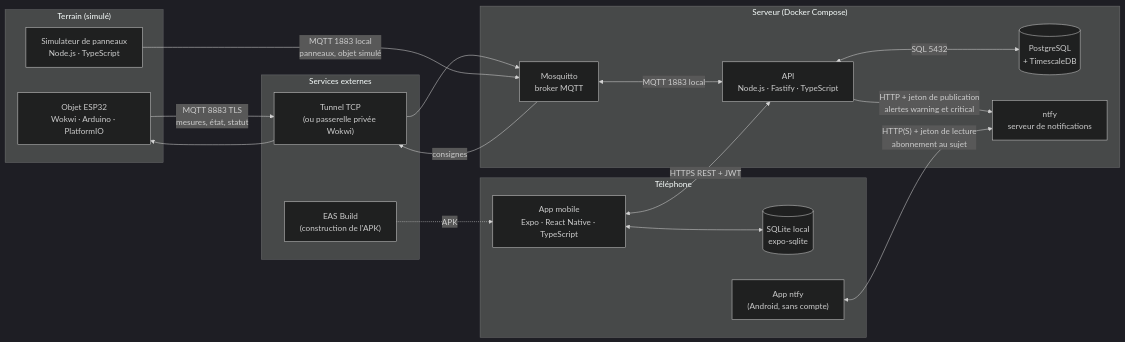
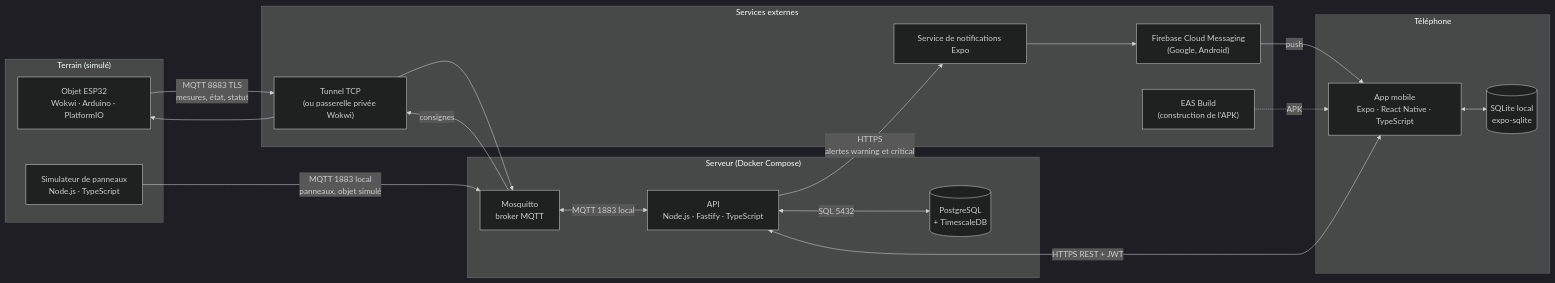
The first of 2 diagrams in docs/conception/03-cartographie-technique.md (SamuelLnds/proj-app-mobile-co), drawn with Mermaid (dark theme) before and after one commit. The commit also changed other lines of this file and 59 other files, not shown here.

Commit message:
feat(api): remplace ntfy par le push Expo et les notifications locales

````diff
--- a/docs/conception/03-cartographie-technique.md
+++ b/docs/conception/03-cartographie-technique.md
@@ -11,38 +11,39 @@
 ```mermaid
 flowchart LR
   subgraph field["Terrain (simulé)"]
     ESP["Objet ESP32<br/>Wokwi · Arduino · PlatformIO"]
     SIM["Simulateur de panneaux<br/>Node.js · TypeScript"]
   end
 
   subgraph external["Services externes"]
     TUN["Tunnel TCP<br/>(ou passerelle privée Wokwi)"]
+    EXPO["Service de notifications Expo"]
+    FCM["Firebase Cloud Messaging<br/>(Google, Android)"]
     EAS["EAS Build<br/>(construction de l'APK)"]
   end
 
   subgraph server["Serveur (Docker Compose)"]
     API["API<br/>Node.js · Fastify · TypeScript"]
     DB[("PostgreSQL<br/>+ TimescaleDB")]
     MQ["Mosquitto<br/>broker MQTT"]
-    NTFY["ntfy<br/>serveur de notifications"]
   end
 
   subgraph phone["Téléphone"]
     APP["App mobile<br/>Expo · React Native · TypeScript"]
     LOCAL[("SQLite local<br/>expo-sqlite")]
-    NTFYAPP["App ntfy<br/>(Android, sans compte)"]
   end
 
   ESP -- "MQTT 8883 TLS<br/>mesures, état, statut" --> TUN
   TUN --> MQ
   MQ -- "consignes" --> TUN
   TUN --> ESP
   SIM -- "MQTT 1883 local<br/>panneaux, objet simulé" --> MQ
   MQ <-- "MQTT 1883 local" --> API
   API <-- "SQL 5432" --> DB
   APP <-- "HTTPS REST + JWT" --> API
   APP <--> LOCAL
-  API -- "HTTP + jeton de publication<br/>alertes warning et critical" --> NTFY
-  NTFYAPP <-- "HTTP(S) + jeton de lecture<br/>abonnement au sujet" --> NTFY
+  API -- "HTTPS<br/>alertes warning et critical" --> EXPO
+  EXPO --> FCM
+  FCM -- "push" --> APP
   EAS -. "APK" .-> APP
 ```
````
